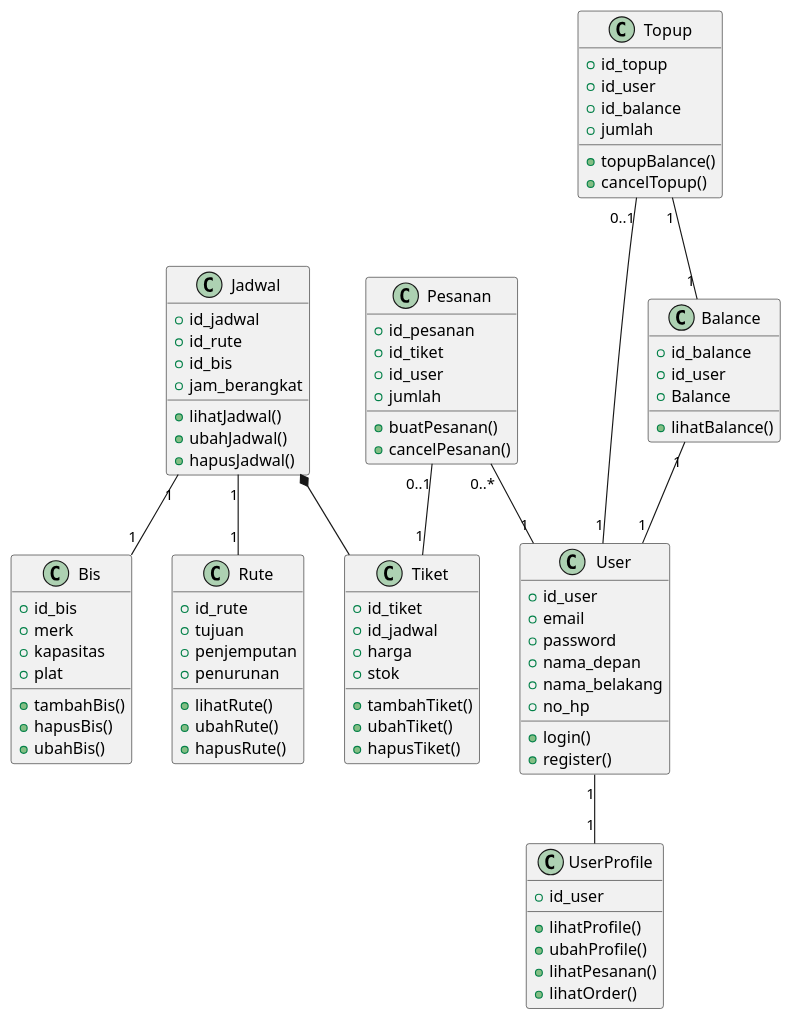
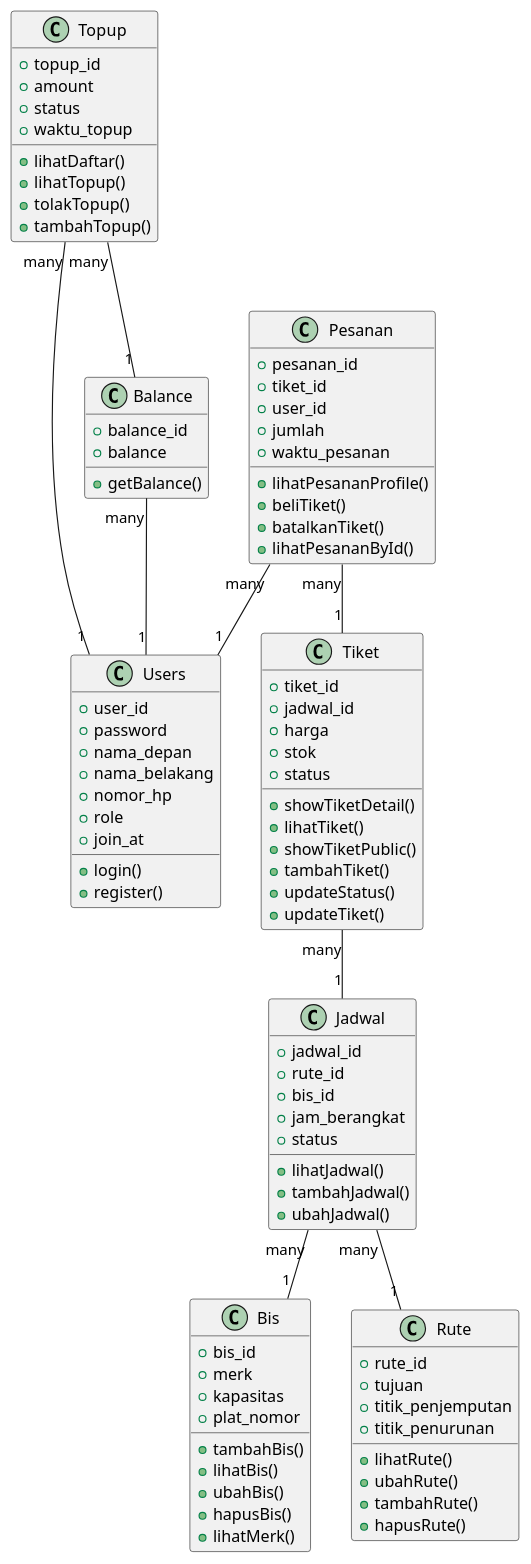
One commit to arief05652/ticket-in changed the diagram in adbo/class.wsd. Above: the diagram before and after it, drawn with PlantUML. The commit also changed 10 other files, not shown here.

Commit message:
recreate class diagram

```diff
--- a/adbo/class.wsd
+++ b/adbo/class.wsd
@@ -1,107 +1,110 @@
 @startuml class_diagram
 ' o = agregate
 
-Jadwal "1" -- "1" Bis
-Jadwal "1" -- "1" Rute
-Jadwal *-- Tiket
-User "1" -- "1" UserProfile
-Pesanan "0..1" -- "1" Tiket
-Pesanan "0..*" -- "1" User
-Balance "1" -- "1" User
-Topup "0..1" -- "1" User
-Topup "1" -- "1" Balance
+Pesanan "many" -- "1" Users
+Balance "many" -- "1" Users
+Topup "many" -- "1" Users
+Pesanan "many" -- "1" Tiket
+Jadwal "many" -- "1" Bis
+Jadwal "many" -- "1" Rute
+Tiket "many" -- "1" Jadwal
+Topup "many" -- "1" Balance
 
-class Topup {
-    + id_topup
-    + id_user
-    + id_balance
-    + jumlah
-
-    + topupBalance()
-    + cancelTopup()
-}
-
-class Balance {
-    + id_balance
-    + id_user
-    + Balance
-
-    + lihatBalance()
-}
-
-class Pesanan {
-    + id_pesanan
-    + id_tiket
-    + id_user
-    + jumlah
-
-    + buatPesanan()
-    + cancelPesanan()
-}
-
-class UserProfile {
-    + id_user
-
-    + lihatProfile()
-    + ubahProfile()
-    + lihatPesanan()
-    + lihatOrder()
-}
-
-class User {
-    + id_user
-    + email
+class Users {
+    + user_id
     + password
     + nama_depan
     + nama_belakang
-    + no_hp
-    
+    + nomor_hp
+    + role
+    + join_at
+
     + login()
     + register()
 }
 
-class Tiket {
-    + id_tiket
-    + id_jadwal
-    + harga
-    + stok
+class Pesanan {
+    + pesanan_id
+    + tiket_id
+    + user_id
+    + jumlah
+    + waktu_pesanan
 
-    + tambahTiket()
-    + ubahTiket()
-    + hapusTiket()
+    + lihatPesananProfile()
+    + beliTiket()
+    + batalkanTiket()
+    + lihatPesananById()
 }
 
 class Jadwal {
-    + id_jadwal
-    + id_rute
-    + id_bis
+    + jadwal_id
+    + rute_id
+    + bis_id
     + jam_berangkat
+    + status
 
     + lihatJadwal()
+    + tambahJadwal()
     + ubahJadwal()
-    + hapusJadwal()
+}
+
+class Tiket {
+    + tiket_id
+    + jadwal_id
+    + harga
+    + stok
+    + status
+
+    + showTiketDetail()
+    + lihatTiket()
+    + showTiketPublic()
+    + tambahTiket()
+    + updateStatus()
+    + updateTiket()
+}
+
+class Bis {
+    + bis_id
+    + merk
+    + kapasitas
+    + plat_nomor
+
+    + tambahBis()
+    + lihatBis()
+    + ubahBis()
+    + hapusBis()
+    + lihatMerk()
 }
 
 class Rute {
-    + id_rute
+    + rute_id
     + tujuan
-    + penjemputan
-    + penurunan
+    + titik_penjemputan
+    + titik_penurunan
 
     + lihatRute()
     + ubahRute()
+    + tambahRute()
     + hapusRute()
 }
 
-class Bis {
-    + id_bis 
-    + merk
-    + kapasitas
-    + plat
+class Balance {
+    + balance_id
+    + balance
 
-    + tambahBis()
-    + hapusBis()
-    + ubahBis()
+    + getBalance()
+}
+
+class Topup {
+    + topup_id
+    + amount
+    + status
+    + waktu_topup
+
+    + lihatDaftar()
+    + lihatTopup()
+    + tolakTopup()
+    + tambahTopup()
 }
 
 @enduml
```
